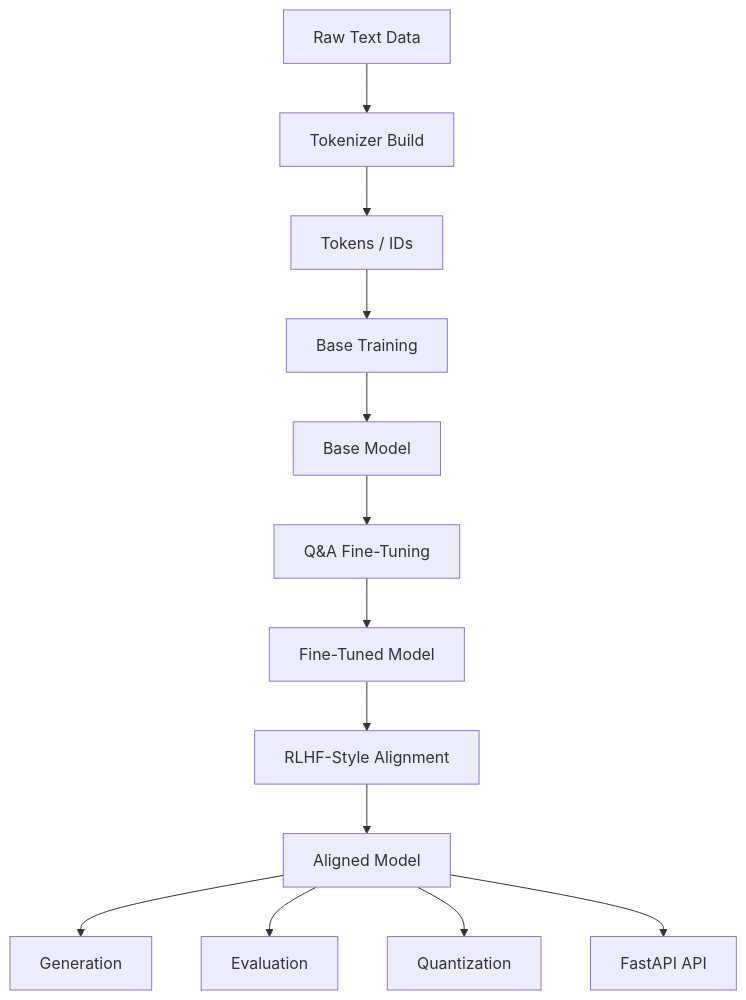
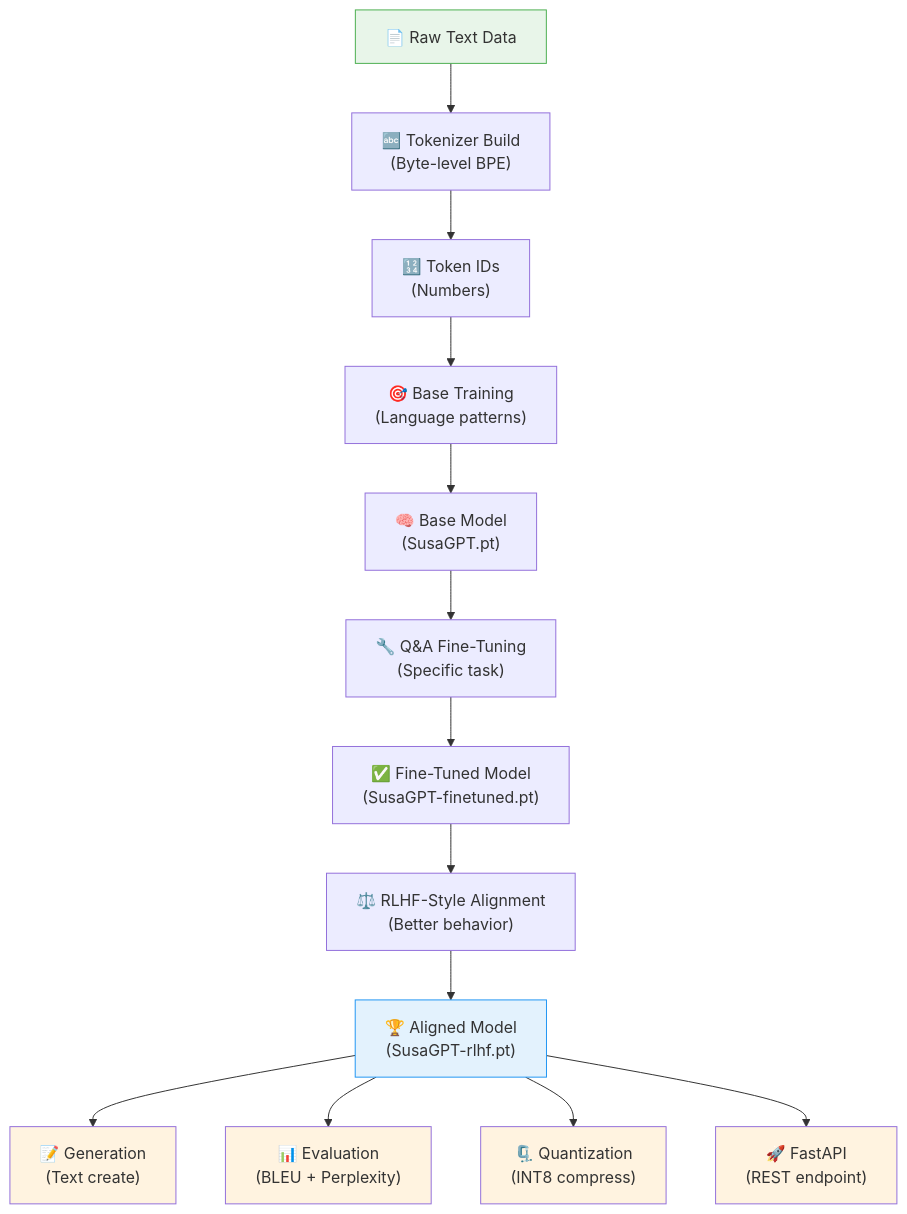
One commit to Sameer-Malik20/SusaGPT-Build-LLM-From-Scratch-With-Hinglish-Learning-Material changed the first of 24 diagrams in docs/susagpt/SusaGPT_Diagram_Guide.md. Above: the diagram before and after it, drawn with Mermaid. The commit also changed other lines of this file and 10 other files, not shown here.

````diff
--- a/docs/susagpt/SusaGPT_Diagram_Guide.md
+++ b/docs/susagpt/SusaGPT_Diagram_Guide.md
@@ -19,15 +32,23 @@
 ```mermaid
 flowchart TD
-    A[Raw Text Data] --> B[Tokenizer Build]
-    B --> C[Tokens / IDs]
-    C --> D[Base Training]
-    D --> E[Base Model]
-    E --> F[Q&A Fine-Tuning]
-    F --> G[Fine-Tuned Model]
-    G --> H[RLHF-Style Alignment]
-    H --> I[Aligned Model]
-    I --> J[Generation]
-    I --> K[Evaluation]
-    I --> L[Quantization]
-    I --> M[FastAPI API]
+    A["📄 Raw Text Data"] --> B["🔤 Tokenizer Build\n(Byte-level BPE)"]
+    B --> C["🔢 Token IDs\n(Numbers)"]
+    C --> D["🎯 Base Training\n(Language patterns)"]
+    D --> E["🧠 Base Model\n(SusaGPT.pt)"]
+    E --> F["🔧 Q&A Fine-Tuning\n(Specific task)"]
+    F --> G["✅ Fine-Tuned Model\n(SusaGPT-finetuned.pt)"]
+    G --> H["⚖️ RLHF-Style Alignment\n(Better behavior)"]
+    H --> I["🏆 Aligned Model\n(SusaGPT-rlhf.pt)"]
+
+    I --> J["📝 Generation\n(Text create)"]
+    I --> K["📊 Evaluation\n(BLEU + Perplexity)"]
+    I --> L["🗜️ Quantization\n(INT8 compress)"]
+    I --> M["🚀 FastAPI\n(REST endpoint)"]
+
+    style A fill:#E8F5E9,stroke:#4CAF50
+    style I fill:#E3F2FD,stroke:#2196F3
+    style J fill:#FFF3E0
+    style K fill:#FFF3E0
+    style L fill:#FFF3E0
+    style M fill:#FFF3E0
 ```
````
